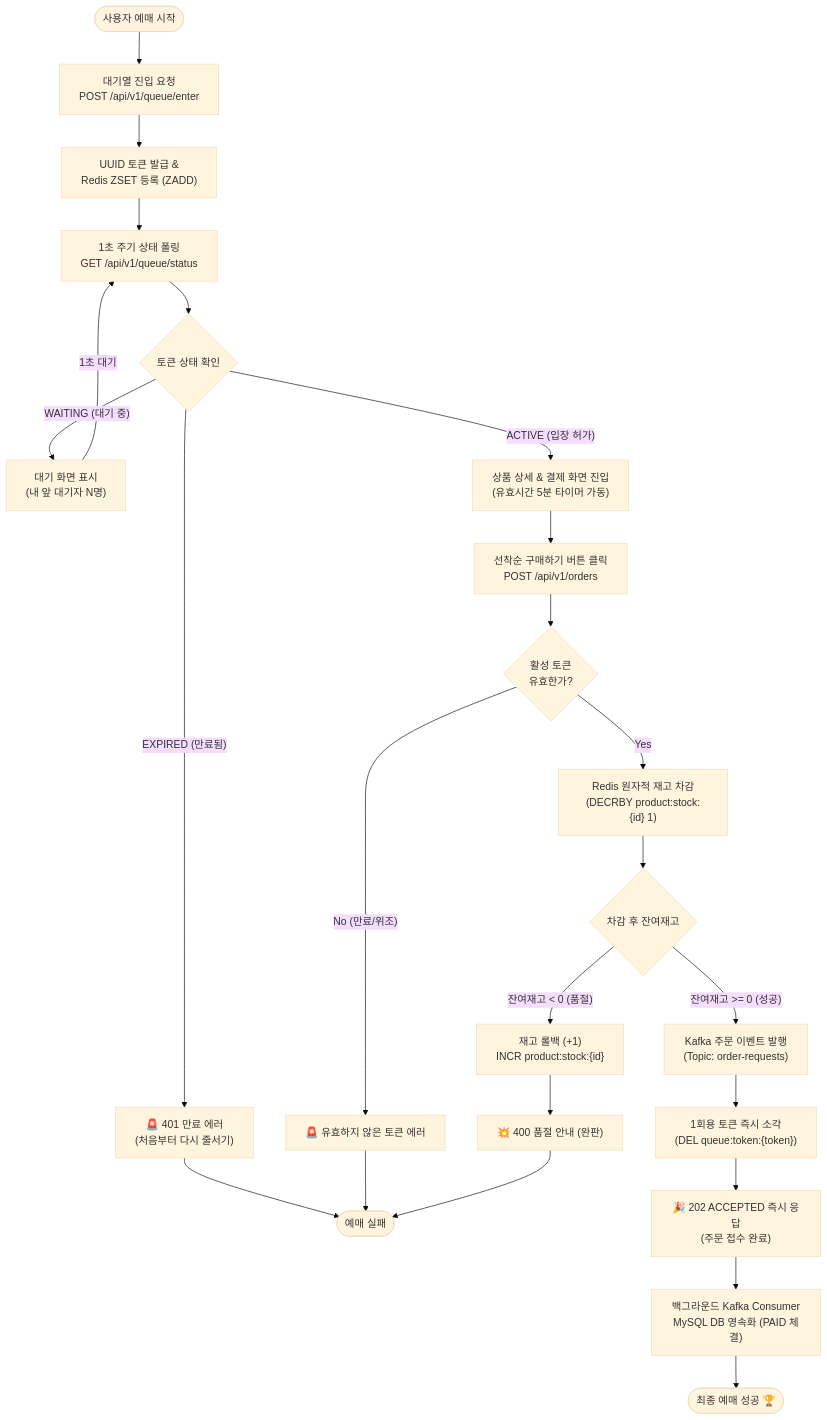
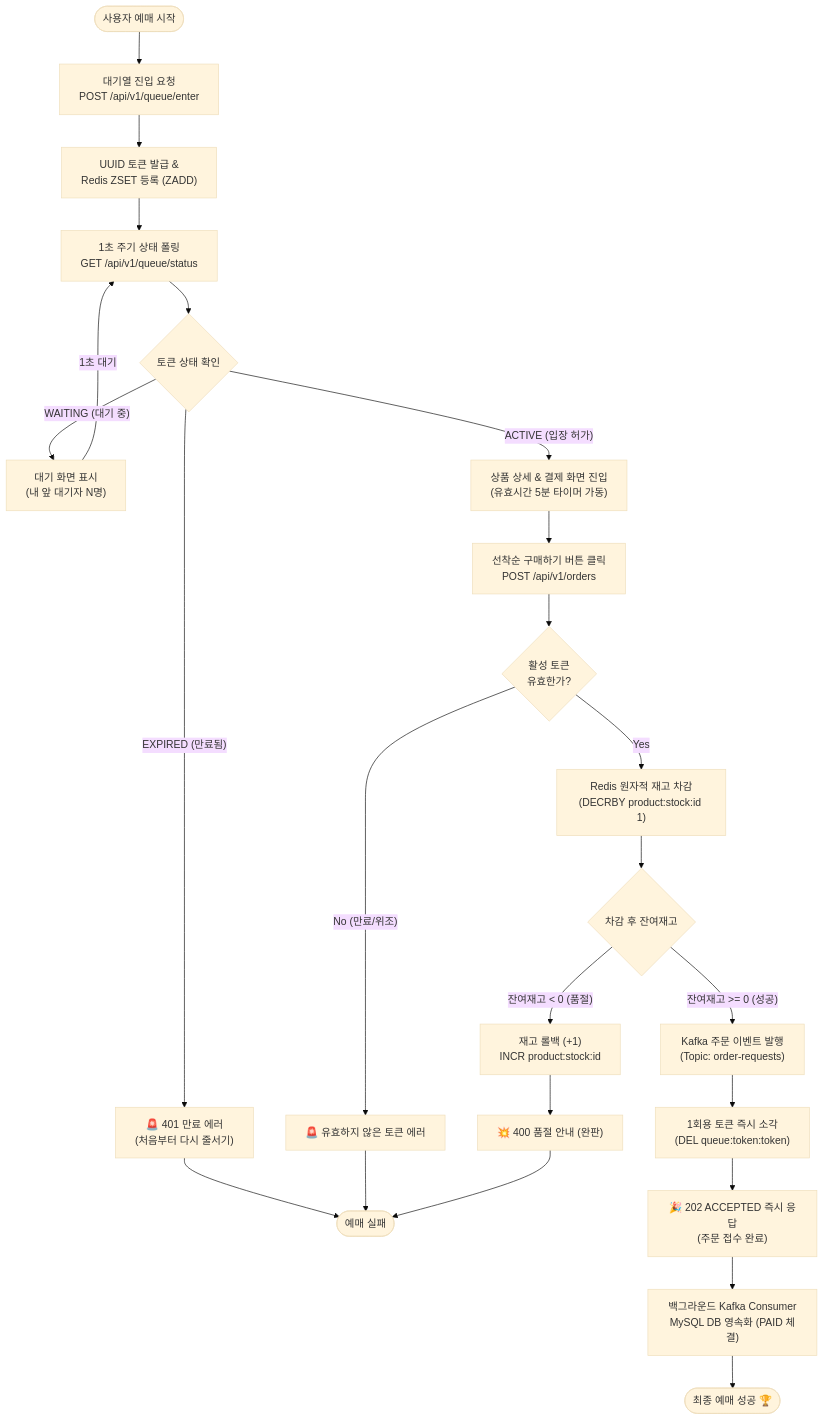
Before and after one commit to TWentCEO/wevers_toy_project: the fourth of 5 diagrams in docs/00_MASTER_CS_AND_ARCHITECTURE_WHITEPAPER.md, drawn with Mermaid (base theme). The commit also changed other lines of this file, not shown here.

Commit message:
fix: GitHub Mermaid 파싱 에러 수정 (엣지 라벨 및 노드 중괄호 큰따옴표 이스케이프)

````diff
--- a/docs/00_MASTER_CS_AND_ARCHITECTURE_WHITEPAPER.md
+++ b/docs/00_MASTER_CS_AND_ARCHITECTURE_WHITEPAPER.md
@@ -233,28 +233,28 @@
 ```mermaid
 flowchart TD
     Start([사용자 예매 시작]) --> EnterQ["대기열 진입 요청<br>POST /api/v1/queue/enter"]
     EnterQ --> IssueToken["UUID 토큰 발급 &<br>Redis ZSET 등록 (ZADD)"]
     IssueToken --> PollStatus["1초 주기 상태 폴링<br>GET /api/v1/queue/status"]
 
     PollStatus --> CheckStatus{토큰 상태 확인}
     CheckStatus -- "WAITING (대기 중)" --> WaitAnim["대기 화면 표시<br>(내 앞 대기자 N명)"]
     WaitAnim -->|1초 대기| PollStatus
     CheckStatus -- "EXPIRED (만료됨)" --> ExpiredError["🚨 401 만료 에러<br>(처음부터 다시 줄서기)"] --> EndFail([예매 실패])
     CheckStatus -- "ACTIVE (입장 허가)" --> ShowProduct["상품 상세 & 결제 화면 진입<br>(유효시간 5분 타이머 가동)"]
 
     ShowProduct --> OrderBtn["선착순 구매하기 버튼 클릭<br>POST /api/v1/orders"]
     OrderBtn --> TokenValid{활성 토큰<br>유효한가?}
     TokenValid -- "No (만료/위조)" --> TokenError["🚨 유효하지 않은 토큰 에러"] --> EndFail
-    TokenValid -- "Yes" --> DecrStock["Redis 원자적 재고 차감<br>(DECRBY product:stock:{id} 1)"]
+    TokenValid -- "Yes" --> DecrStock["Redis 원자적 재고 차감<br>(DECRBY product:stock:id 1)"]
 
     DecrStock --> CheckStock{차감 후 잔여재고}
-    CheckStock -- "잔여재고 < 0 (품절)" --> Rollback["재고 롤백 (+1)<br>INCR product:stock:{id}"]
+    CheckStock -- "잔여재고 < 0 (품절)" --> Rollback["재고 롤백 (+1)<br>INCR product:stock:id"]
     Rollback --> SoldOutAlert["💥 400 품절 안내 (완판)"] --> EndFail
 
     CheckStock -- "잔여재고 >= 0 (성공)" --> SendKafka["Kafka 주문 이벤트 발행<br>(Topic: order-requests)"]
-    SendKafka --> BurnToken["1회용 토큰 즉시 소각<br>(DEL queue:token:{token})"]
+    SendKafka --> BurnToken["1회용 토큰 즉시 소각<br>(DEL queue:token:token)"]
     BurnToken --> Resp202["🎉 202 ACCEPTED 즉시 응답<br>(주문 접수 완료)"]
     
     Resp202 --> AsyncFulfill["백그라운드 Kafka Consumer<br>MySQL DB 영속화 (PAID 체결)"]
     AsyncFulfill --> EndSuccess([최종 예매 성공 🏆])
 ```
````
